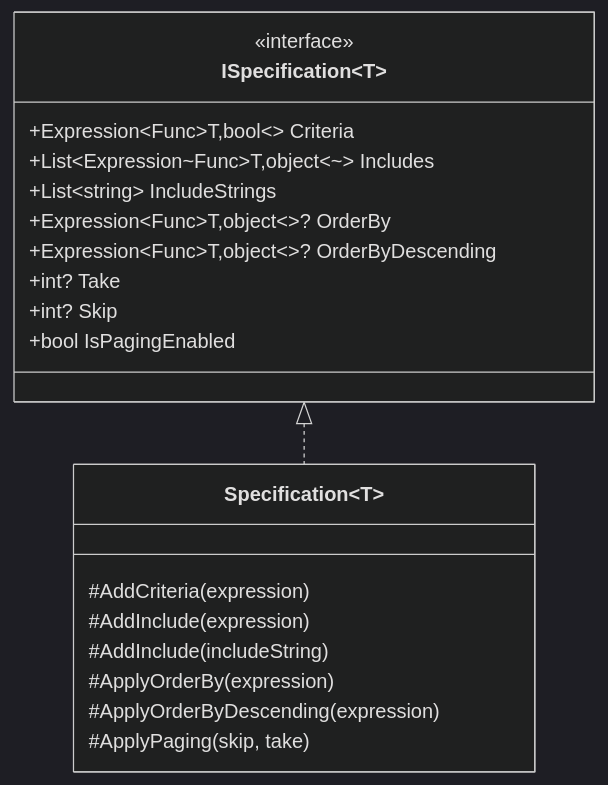
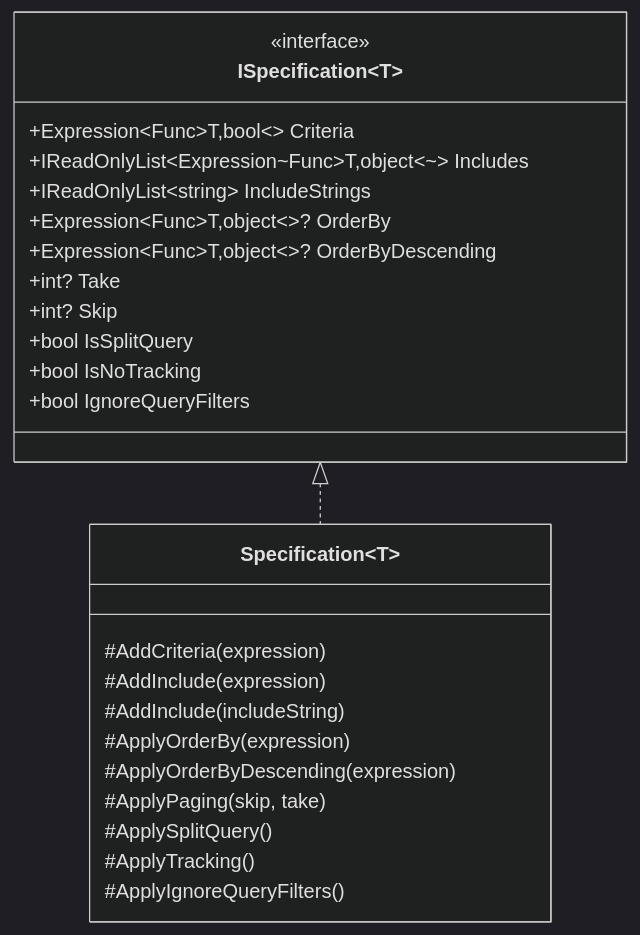
The second of 3 diagrams in docs/architecture/persistence.md (PhoenixWyllow/LunaArch), drawn with Mermaid (dark theme) before and after one commit. The commit also changed other lines of this file and 3 other files, not shown here.

Commit message:
update architecture docs

````diff
--- a/docs/architecture/persistence.md
+++ b/docs/architecture/persistence.md
@@ -109,25 +111,30 @@
 ```mermaid
 classDiagram
     class ISpecification~T~ {
         <<interface>>
         +Expression~Func~T,bool~~ Criteria
-        +List~Expression~Func~T,object~~~ Includes
-        +List~string~ IncludeStrings
+        +IReadOnlyList~Expression~Func~T,object~~~ Includes
+        +IReadOnlyList~string~ IncludeStrings
         +Expression~Func~T,object~~? OrderBy
         +Expression~Func~T,object~~? OrderByDescending
         +int? Take
         +int? Skip
-        +bool IsPagingEnabled
+        +bool IsSplitQuery
+        +bool IsNoTracking
+        +bool IgnoreQueryFilters
     }
 
     class Specification~T~ {
         #AddCriteria(expression)
         #AddInclude(expression)
         #AddInclude(includeString)
         #ApplyOrderBy(expression)
         #ApplyOrderByDescending(expression)
         #ApplyPaging(skip, take)
+        #ApplySplitQuery()
+        #ApplyTracking()
+        #ApplyIgnoreQueryFilters()
     }
 
     ISpecification <|.. Specification
 ```
````
